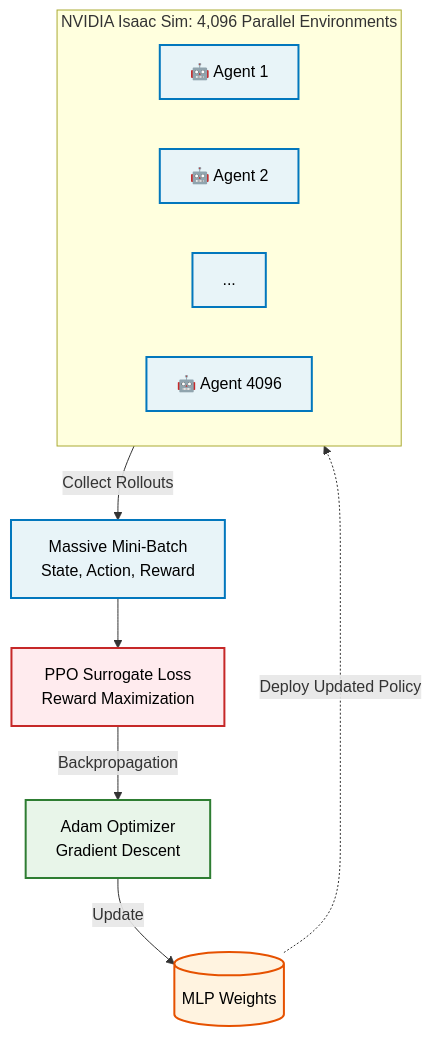
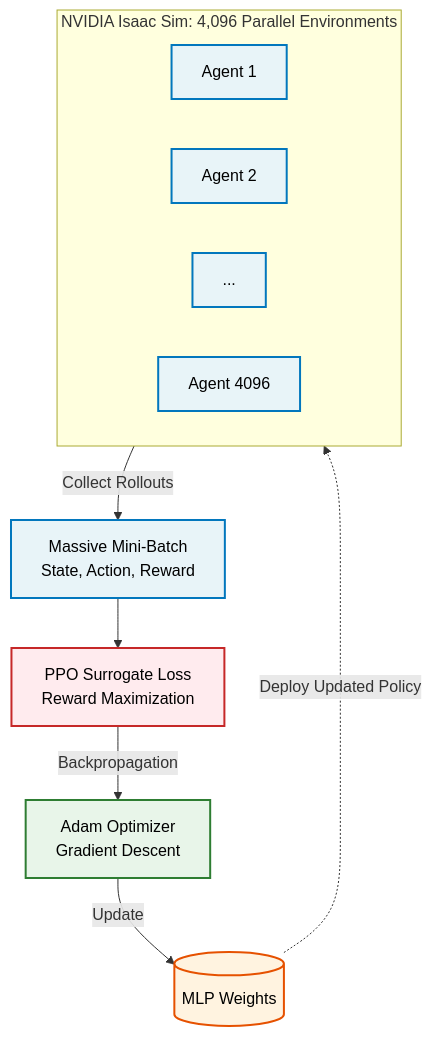
One commit to Glen02lee/isaac-go2-rl-training changed the second of 2 diagrams in README.md. Above: the diagram before and after it, drawn with Mermaid.

Commit message:
docs: Remove robot emojis from Chapter 8 diagram

````diff
--- a/README.md
+++ b/README.md
@@ -102,27 +102,27 @@
 ```mermaid
 flowchart TD
     %% Styling
     classDef env fill:#e8f4f8,stroke:#0277bd,stroke-width:2px,color:#000;
     classDef opt fill:#e8f5e9,stroke:#2e7d32,stroke-width:2px,color:#000;
     classDef loss fill:#ffebee,stroke:#c62828,stroke-width:2px,color:#000;
     classDef weight fill:#fff3e0,stroke:#e65100,stroke-width:2px,color:#000;
 
     subgraph Isaac_Sim [NVIDIA Isaac Sim: 4,096 Parallel Environments]
         direction LR
-        R1[🤖 Agent 1]:::env
-        R2[🤖 Agent 2]:::env
+        R1[Agent 1]:::env
+        R2[Agent 2]:::env
         Rdots[...]:::env
-        Rn[🤖 Agent 4096]:::env
+        Rn[Agent 4096]:::env
     end
 
     Batch[Massive Mini-Batch<br>State, Action, Reward]:::env
     Loss[PPO Surrogate Loss<br>Reward Maximization]:::loss
     Adam[Adam Optimizer<br>Gradient Descent]:::opt
     Weights[(MLP Weights)]:::weight
 
     Isaac_Sim -->|Collect Rollouts| Batch
     Batch --> Loss
     Loss -->|Backpropagation| Adam
     Adam -->|Update| Weights
     Weights -.->|Deploy Updated Policy| Isaac_Sim
 ```
````
